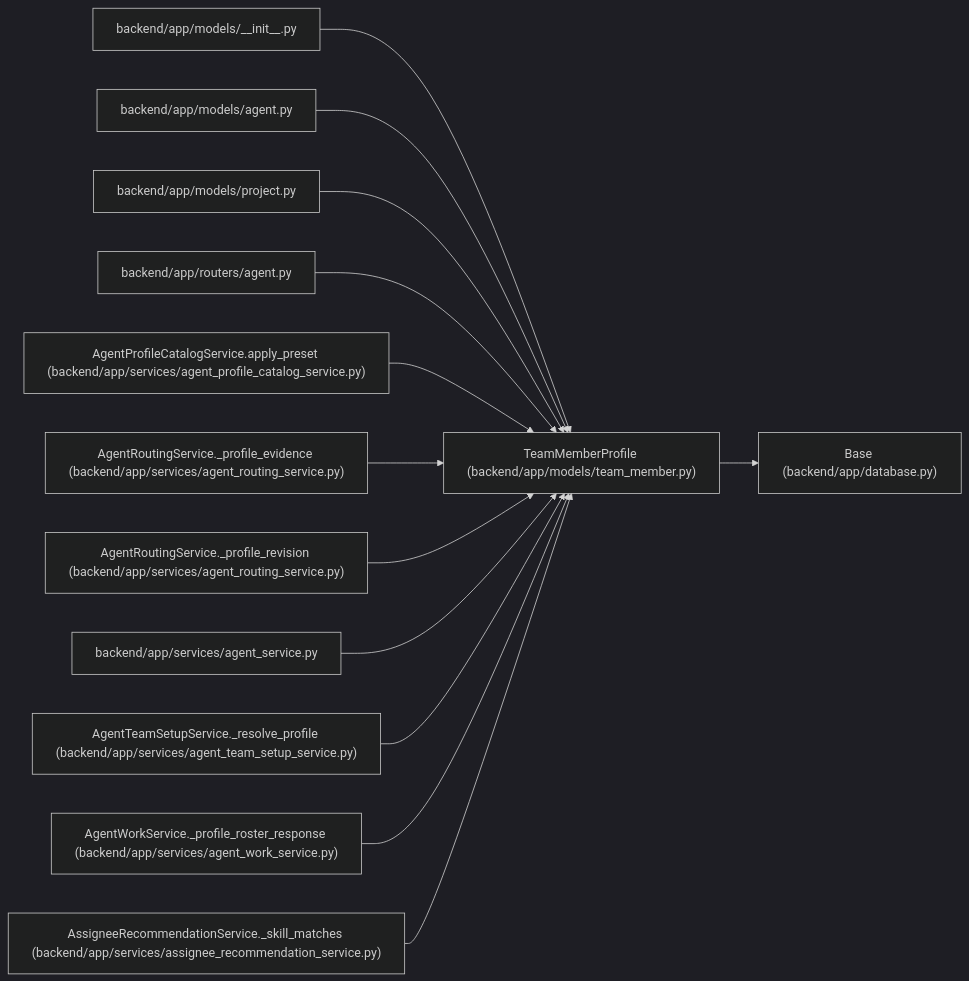
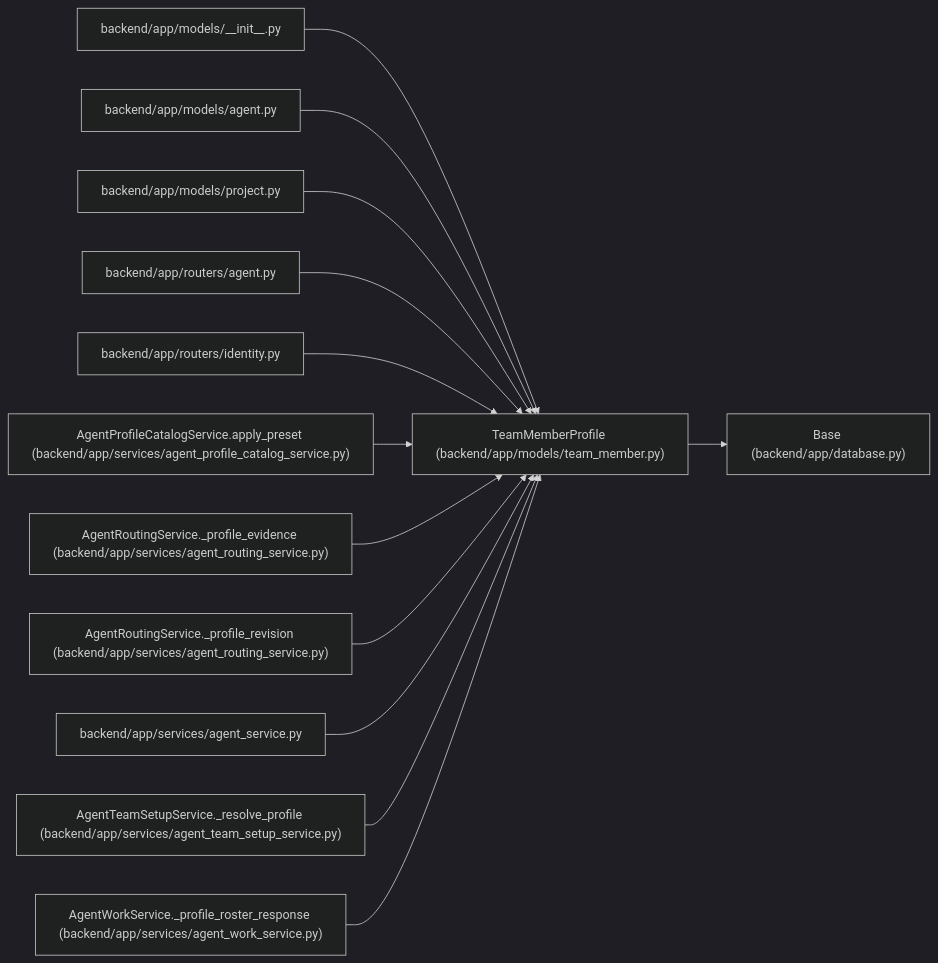
Before and after one commit to Denissvgn/WorkChord: the diagram in docs/llm_wiki/entities/team_member_TeamMemberProfile.md, drawn with Mermaid (dark theme). The commit also changed other lines of this file and 958 other files, not shown here.

First line of the commit message:
docs(wiki): refresh identity and recovery architecture

````diff
--- a/docs/llm_wiki/entities/team_member_TeamMemberProfile.md
+++ b/docs/llm_wiki/entities/team_member_TeamMemberProfile.md
@@ -41,41 +41,41 @@
 ```mermaid
 flowchart LR
     n0["TeamMemberProfile (backend/app/models/team_member.py)"]
     n1["Base (backend/app/database.py)"]
     n2["backend/app/models/__init__.py"]
     n3["backend/app/models/agent.py"]
     n4["backend/app/models/project.py"]
     n5["backend/app/routers/agent.py"]
-    n6["AgentProfileCatalogService.apply_preset (backend/app/services/agent_profile_catalog_service.py)"]
-    n7["AgentRoutingService._profile_evidence (backend/app/services/agent_routing_service.py)"]
-    n8["AgentRoutingService._profile_revision (backend/app/services/agent_routing_service.py)"]
-    n9["backend/app/services/agent_service.py"]
-    n10["AgentTeamSetupService._resolve_profile (backend/app/services/agent_team_setup_service.py)"]
-    n11["AgentWorkService._profile_roster_response (backend/app/services/agent_work_service.py)"]
-    n12["AssigneeRecommendationService._skill_matches (backend/app/services/assignee_recommendation_service.py)"]
+    n6["backend/app/routers/identity.py"]
+    n7["AgentProfileCatalogService.apply_preset (backend/app/services/agent_profile_catalog_service.py)"]
+    n8["AgentRoutingService._profile_evidence (backend/app/services/agent_routing_service.py)"]
+    n9["AgentRoutingService._profile_revision (backend/app/services/agent_routing_service.py)"]
+    n10["backend/app/services/agent_service.py"]
+    n11["AgentTeamSetupService._resolve_profile (backend/app/services/agent_team_setup_service.py)"]
+    n12["AgentWorkService._profile_roster_response (backend/app/services/agent_work_service.py)"]
     n0 --> n1
     n2 --> n0
     n3 --> n0
     n4 --> n0
     n5 --> n0
     n6 --> n0
     n7 --> n0
     n8 --> n0
     n9 --> n0
     n10 --> n0
     n11 --> n0
     n12 --> n0
     click n0 "../modules/team_member.md"
     click n1 "../modules/app_database.md"
     click n2 "../modules/models___init__.md"
     click n3 "../modules/models_agent.md"
     click n4 "../modules/models_project.md"
     click n5 "../modules/routers_agent.md"
-    click n6 "../modules/agent_profile_catalog_service.md"
-    click n7 "../modules/agent_routing_service.md"
+    click n6 "../modules/routers_identity.md"
+    click n7 "../modules/agent_profile_catalog_service.md"
     click n8 "../modules/agent_routing_service.md"
-    click n9 "../modules/agent_service.md"
-    click n10 "../modules/agent_team_setup_service.md"
-    click n11 "../modules/agent_work_service.md"
-    click n12 "../modules/assignee_recommendation_service.md"
+    click n9 "../modules/agent_routing_service.md"
+    click n10 "../modules/agent_service.md"
+    click n11 "../modules/agent_team_setup_service.md"
+    click n12 "../modules/agent_work_service.md"
 ```
````
